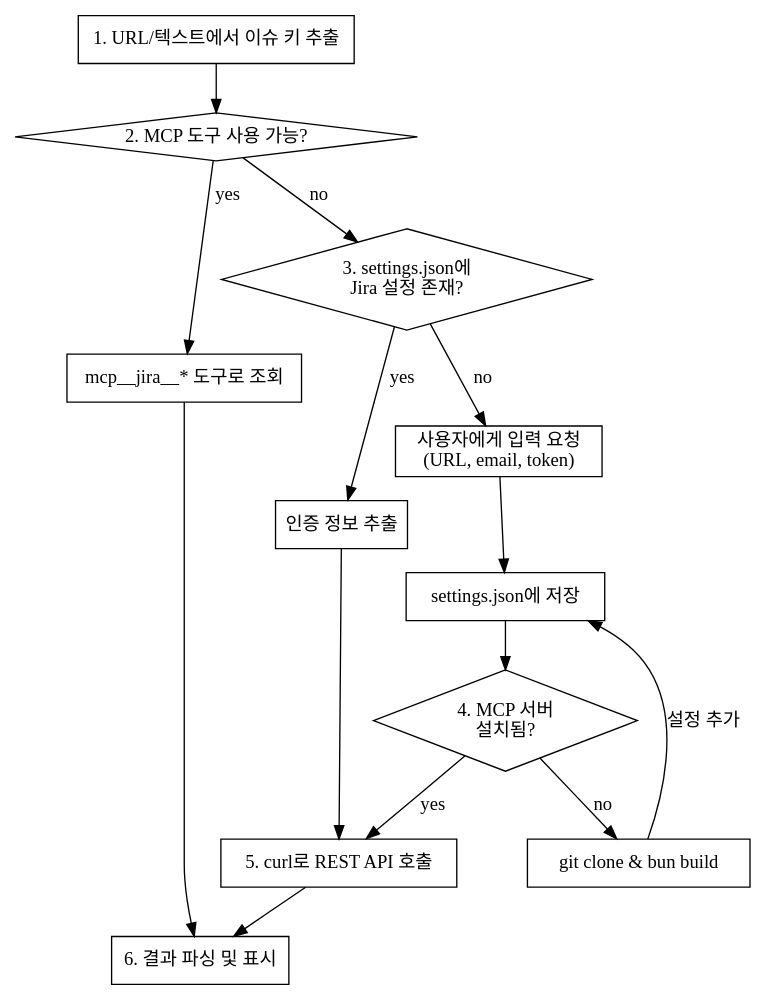
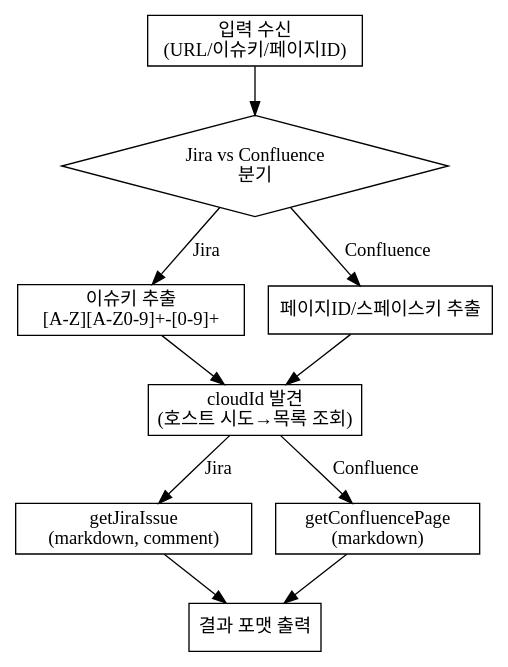
The diagram in skills/fetch-jira-issue/SKILL.md (YoonbeomSo/oh-my-beom), drawn with Graphviz before and after one commit. The commit also changed other lines of this file and 7 other files, not shown here.

First line of the commit message:
feat: Jira 연동 공식 Atlassian MCP 전환 및 Confluence 조회 추가

````diff
--- a/skills/fetch-jira-issue/SKILL.md
+++ b/skills/fetch-jira-issue/SKILL.md
@@ -31,32 +79,25 @@
 ```dot
-digraph fetch_jira {
+digraph fetch_atlassian {
     rankdir=TB;
     node [shape=box];
 
-    extract [label="1. URL/텍스트에서 이슈 키 추출"];
-    check_mcp [label="2. MCP 도구 사용 가능?" shape=diamond];
-    use_mcp [label="mcp__jira__* 도구로 조회"];
-    check_settings [label="3. settings.json에\nJira 설정 존재?" shape=diamond];
-    extract_creds [label="인증 정보 추출"];
-    ask_user [label="사용자에게 입력 요청\n(URL, email, token)"];
-    save_settings [label="settings.json에 저장"];
-    check_server [label="4. MCP 서버\n설치됨?" shape=diamond];
-    install_server [label="git clone & bun build"];
-    curl_api [label="5. curl로 REST API 호출"];
-    display [label="6. 결과 파싱 및 표시"];
+    input [label="입력 수신\n(URL/이슈키/페이지ID)"];
+    branch [label="Jira vs Confluence\n분기" shape=diamond];
+    extract_key [label="이슈키 추출\n[A-Z][A-Z0-9]+-[0-9]+"];
+    extract_page [label="페이지ID/스페이스키 추출"];
+    cloudid [label="cloudId 발견\n(호스트 시도→목록 조회)"];
+    jira_get [label="getJiraIssue\n(markdown, comment)"];
+    conf_get [label="getConfluencePage\n(markdown)"];
+    display [label="결과 포맷 출력"];
 
-    extract -> check_mcp;
-    check_mcp -> use_mcp [label="yes"];
-    check_mcp -> check_settings [label="no"];
-    use_mcp -> display;
-    check_settings -> extract_creds [label="yes"];
-    check_settings -> ask_user [label="no"];
-    ask_user -> save_settings;
-    save_settings -> check_server;
-    extract_creds -> curl_api;
-    check_server -> curl_api [label="yes"];
-    check_server -> install_server [label="no"];
-    install_server -> save_settings [label="설정 추가"];
-    curl_api -> display;
+    input -> branch;
+    branch -> extract_key [label="Jira"];
+    branch -> extract_page [label="Confluence"];
+    extract_key -> cloudid;
+    extract_page -> cloudid;
+    cloudid -> jira_get [label="Jira"];
+    cloudid -> conf_get [label="Confluence"];
+    jira_get -> display;
+    conf_get -> display;
 }
 ```
````
